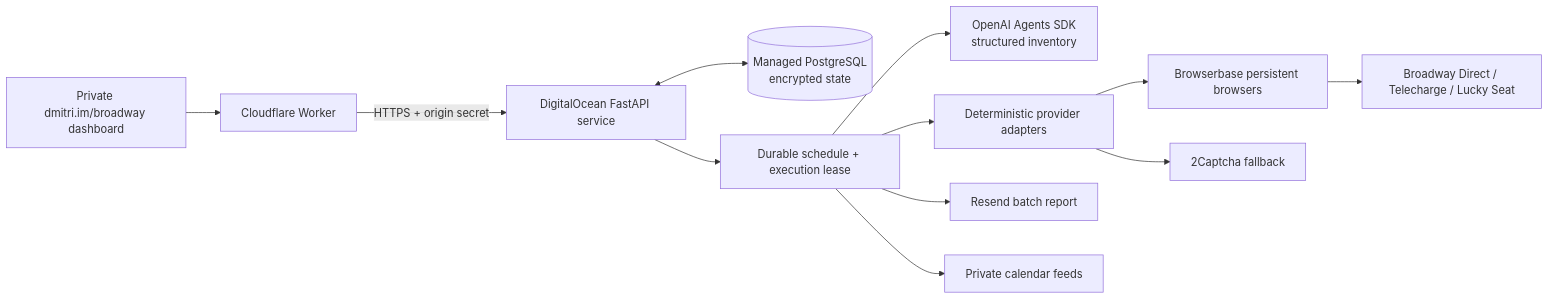
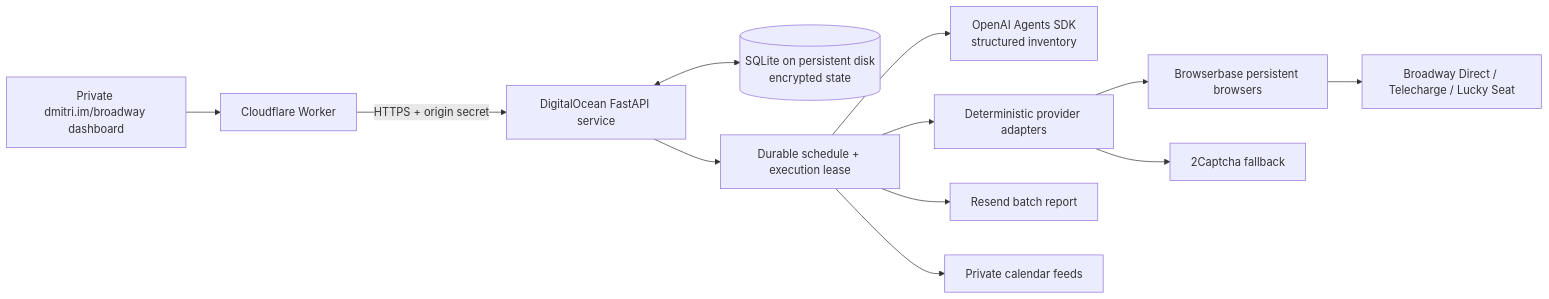
The diagram in services/broadway/ARCHITECTURE.md (dmirakyan/dmitri_lander_2026), drawn with Mermaid before and after one commit. The commit also changed other lines of this file and 14 other files, not shown here.

````diff
--- a/services/broadway/ARCHITECTURE.md
+++ b/services/broadway/ARCHITECTURE.md
@@ -5,14 +5,14 @@
 ```mermaid
 flowchart LR
   U[Private dmitri.im/broadway dashboard] --> C[Cloudflare Worker]
   C -->|HTTPS + origin secret| A[DigitalOcean FastAPI service]
-  A <--> D[(Managed PostgreSQL\nencrypted state)]
+  A <--> D[(SQLite on persistent disk\nencrypted state)]
   A --> Q[Durable schedule + execution lease]
   Q --> G[OpenAI Agents SDK\nstructured inventory]
   Q --> P[Deterministic provider adapters]
   P --> B[Browserbase persistent browsers]
   B --> L[Broadway Direct / Telecharge / Lucky Seat]
   P --> X[2Captcha fallback]
   Q --> R[Resend batch report]
   Q --> I[Private calendar feeds]
 ```
````
